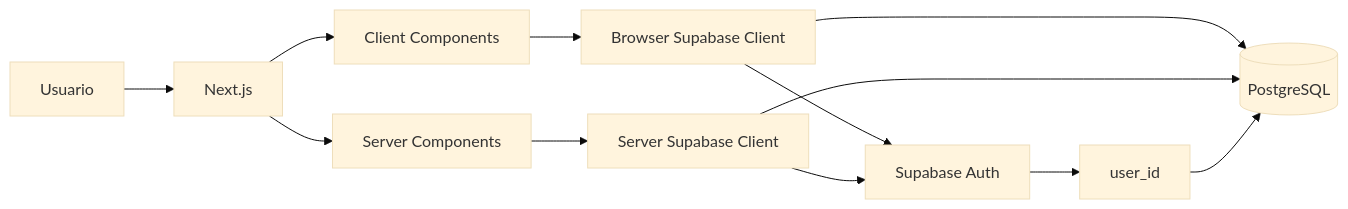
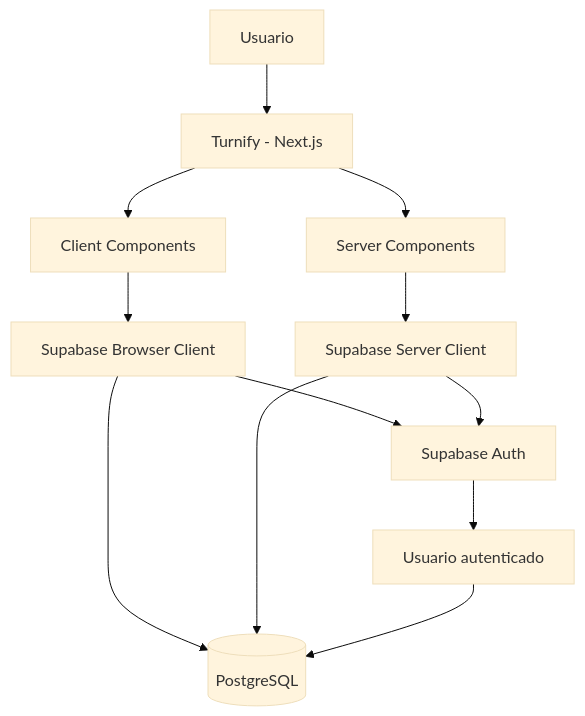
One commit to RocioAranibar/turnify changed the second of 3 diagrams in README.md. Above: the diagram before and after it, drawn with Mermaid (base theme). The commit also changed other lines of this file, not shown here.

````diff
--- a/README.md
+++ b/README.md
@@ -115,21 +144,22 @@
 ```mermaid
-flowchart LR
-    USER[Usuario]
+flowchart TB
 
-    USER --> NEXT[Next.js]
+    U[Usuario]
 
-    NEXT --> CC[Client Components]
-    NEXT --> SC[Server Components]
+    U --> NEXT[Turnify - Next.js]
 
-    CC --> BC[Browser Supabase Client]
-    SC --> SSC[Server Supabase Client]
+    NEXT --> CLIENT[Client Components]
+    NEXT --> SERVER[Server Components]
 
-    BC --> AUTH[Supabase Auth]
+    CLIENT --> BROWSER[Supabase Browser Client]
+    SERVER --> SSC[Supabase Server Client]
+
+    BROWSER --> AUTH[Supabase Auth]
     SSC --> AUTH
 
-    BC --> DB[(PostgreSQL)]
+    BROWSER --> DB[(PostgreSQL)]
     SSC --> DB
 
-    AUTH --> UID[user_id]
-    UID --> DB
+    AUTH --> ID[Usuario autenticado]
+    ID --> DB
 ```
````
